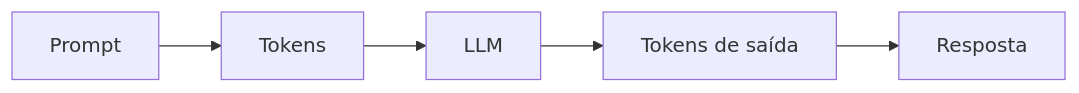
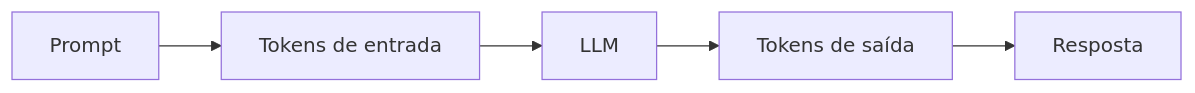
Before and after one commit to wvianna/dev-embarcado-sdd-ia: the first of 25 diagrams in apresentação/palestra_sdd_software_embarcado.md, drawn with Mermaid. The commit also changed other lines of this file and 6 other files, not shown here.

````diff
--- a/apresentação/palestra_sdd_software_embarcado.md
+++ b/apresentação/palestra_sdd_software_embarcado.md
@@ -71,7 +69,7 @@
 ```mermaid
 flowchart LR
-    A[Prompt] --> B[Tokens]
+    A[Prompt] --> B[Tokens de entrada]
     B --> C[LLM]
     C --> D[Tokens de saída]
     D --> E[Resposta]
 ```
````
